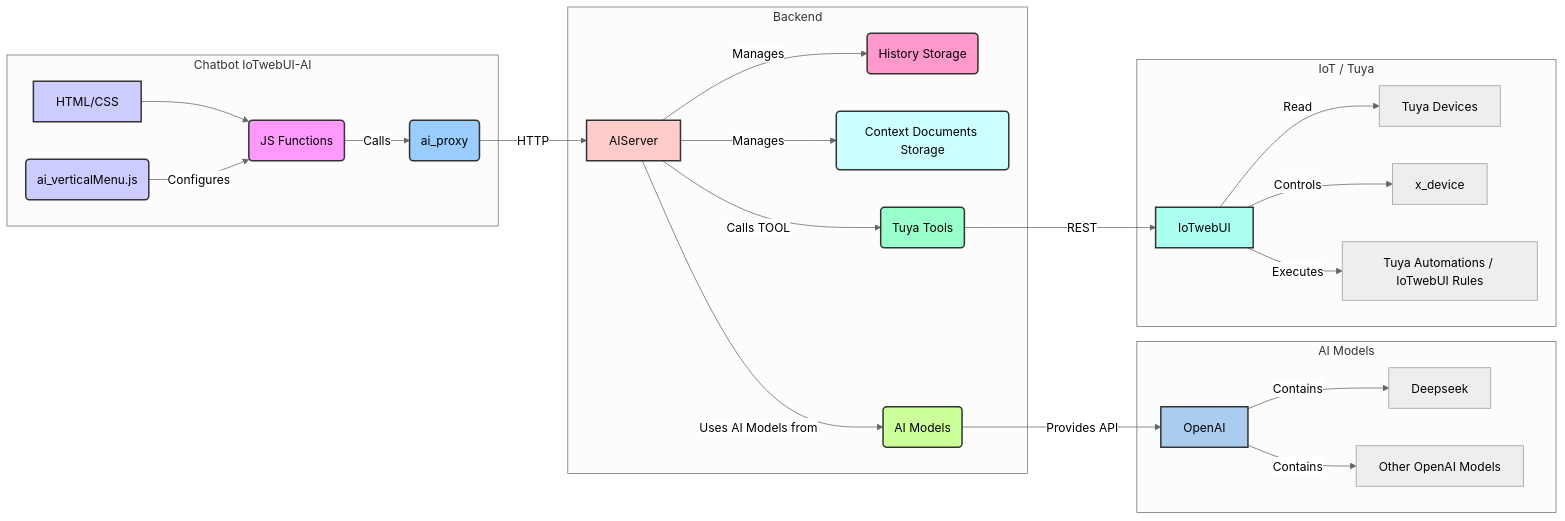
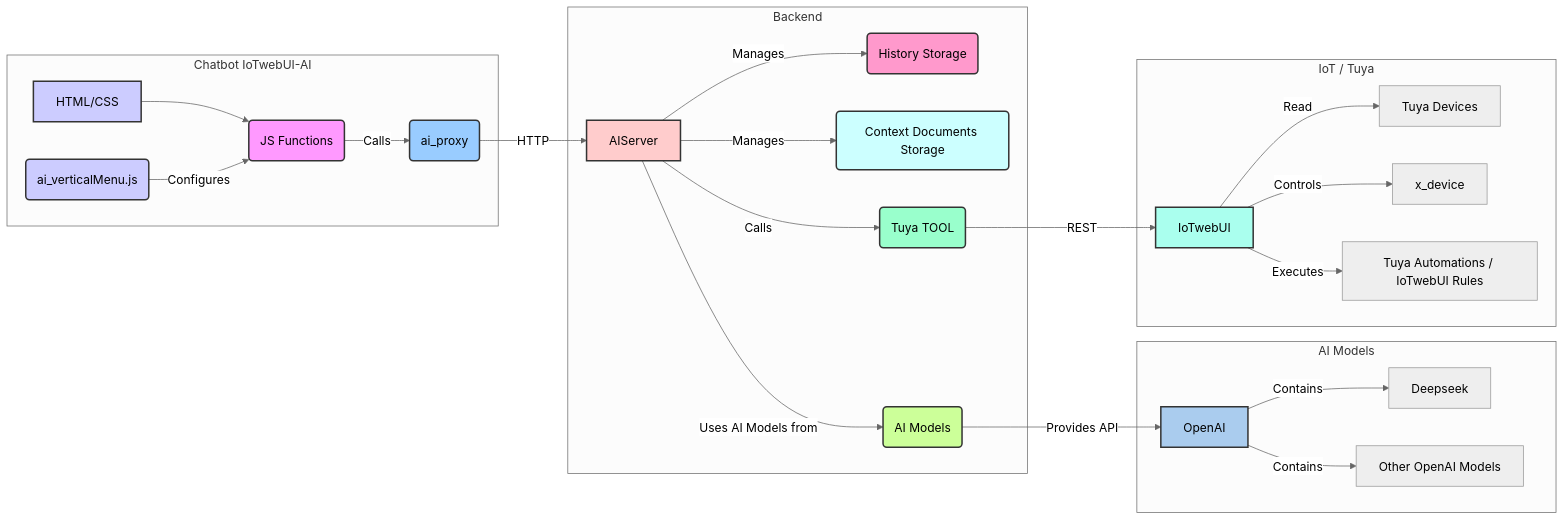
One commit to msillano/IoTwebUI changed the diagram in IOTwebUI-AI/README.md. Above: the diagram before and after it, drawn with Mermaid.

````diff
--- a/IOTwebUI-AI/README.md
+++ b/IOTwebUI-AI/README.md
@@ -9,41 +9,41 @@
 ```mermaid
 %%{init: {'theme': 'neutral'}}%%
 graph LR
     subgraph Chatbot IoTwebUI-AI
         style UI fill:#ccf,stroke:#333,stroke-width:2px
         style UI_JS fill:#f9f,stroke:#333,stroke-width:2px
         style UI_Menu fill:#ccf,stroke:#333,stroke-width:2px
         UI[HTML/CSS] --> UI_JS(JS Functions);
         UI_Menu(ai_verticalMenu.js) -- Configures --> UI_JS;
         UI_JS -- Calls --> Proxy(ai_proxy);
     end
 
     subgraph Backend
         style Proxy fill:#9cf,stroke:#333,stroke-width:2px
         style AIServer fill:#fcc,stroke:#333,stroke-width:2px
         style HistoryDB fill:#f9c,stroke:#333,stroke-width:2px
         style ContextFiles fill:#cff,stroke:#333,stroke-width:2px
         Proxy -- HTTP --> AIServer;
         AIServer -- Uses AI Models from --> AIModels(AI Models);
         AIServer -- Manages --> HistoryDB(History Storage);
         AIServer -- Manages --> ContextFiles(Context Documents Storage);
-        AIServer -- Calls TOOL  --> IoT(Tuya Tools);
+        AIServer -- Calls   --> IoT(Tuya TOOL);
     end
 
     subgraph AI Models
         style AIModels fill:#cf9,stroke:#333,stroke-width:2px
         style OpenAI fill:#ace,stroke:#333,stroke-width:2px
         AIModels -- Provides API --> OpenAI;
         OpenAI -- Contains --> Deepseek;
         OpenAI -- Contains --> GPTModels[Other OpenAI Models];
      end
 
     subgraph IoT / Tuya
         style IoT fill:#9fc,stroke:#333,stroke-width:2px
         style IoTwebUI fill:#afe,stroke:#333,stroke-width:2px
         IoT -- REST --> IoTwebUI;
         IoTwebUI -- Read -->     TuyaDevices[Tuya Devices];
         IoTwebUI -- Controls --> x_device;
         IoTwebUI -- Executes --> TuyaAutomations[Tuya Automations / IoTwebUI Rules];
     end
 ```
````
